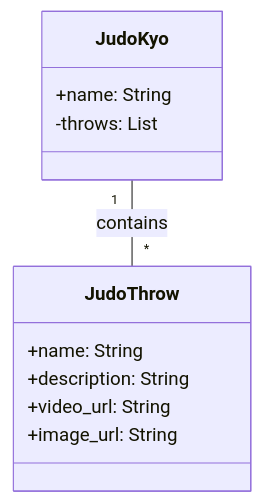
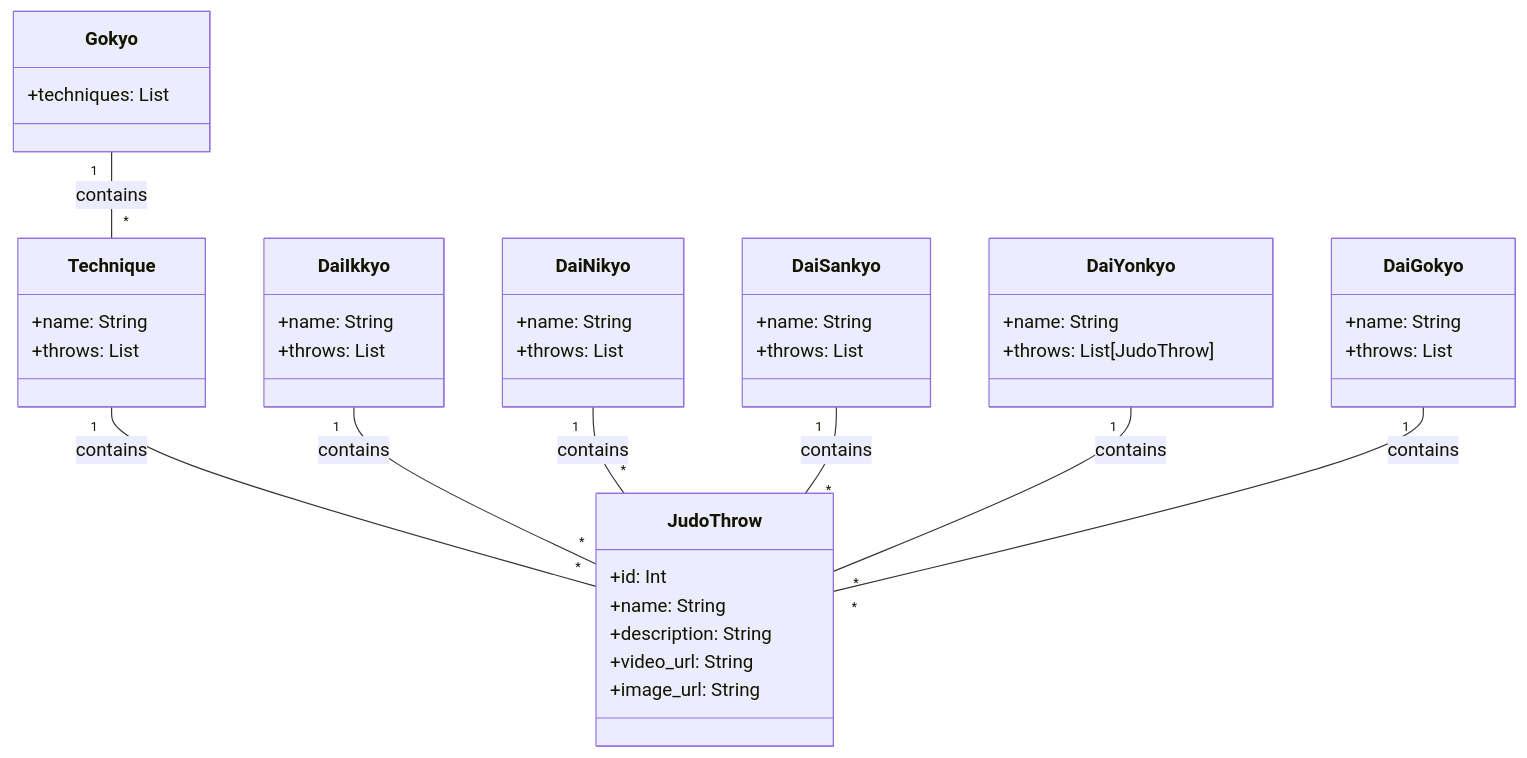
One commit to ThiagoMarques/judo-techniques changed the diagram in README.md. Above: the diagram before and after it, drawn with Mermaid.

Commit message:
Update README.md
Inserção das classes para Gokyo

````diff
--- a/README.md
+++ b/README.md
@@ -5,16 +5,53 @@
 ```mermaid
 classDiagram
-  class JudoThrow {
+
+class Gokyo {
+    +techniques: List<Technique>
+}
+
+class Technique {
+    +name: String
+    +throws: List<JudoThrow>
+}
+
+class DaiIkkyo {
+    +name: String
+    +throws: List<JudoThrow>
+}
+
+class DaiNikyo {
+    +name: String
+    +throws: List<JudoThrow>
+}
+
+class DaiSankyo {
+    +name: String
+    +throws: List<JudoThrow>
+}
+
+class DaiYonkyo {
+    +name: String
+    +throws: List[JudoThrow]
+}
+
+class DaiGokyo {
+    +name: String
+    +throws: List<JudoThrow>
+}
+
+class JudoThrow {
+    +id: Int
     +name: String
     +description: String
     +video_url: String
     +image_url: String
-  }
+}
 
-  class JudoKyo {
-    +name: String
-    -throws: List<JudoThrow>
-  }
-
-  JudoKyo "1" -- "*" JudoThrow : contains
+Gokyo "1" -- "*" Technique : contains
+Technique "1" -- "*" JudoThrow : contains
+DaiIkkyo "1" -- "*" JudoThrow : contains
+DaiNikyo "1" -- "*" JudoThrow : contains
+DaiSankyo "1" -- "*" JudoThrow : contains
+DaiYonkyo "1" -- "*" JudoThrow : contains
+DaiGokyo "1" -- "*" JudoThrow : contains
 ```
````
